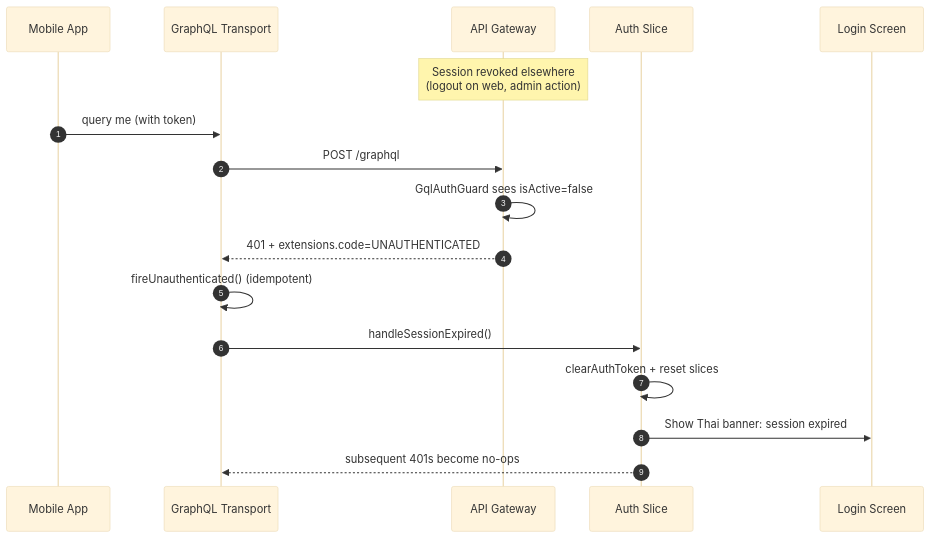
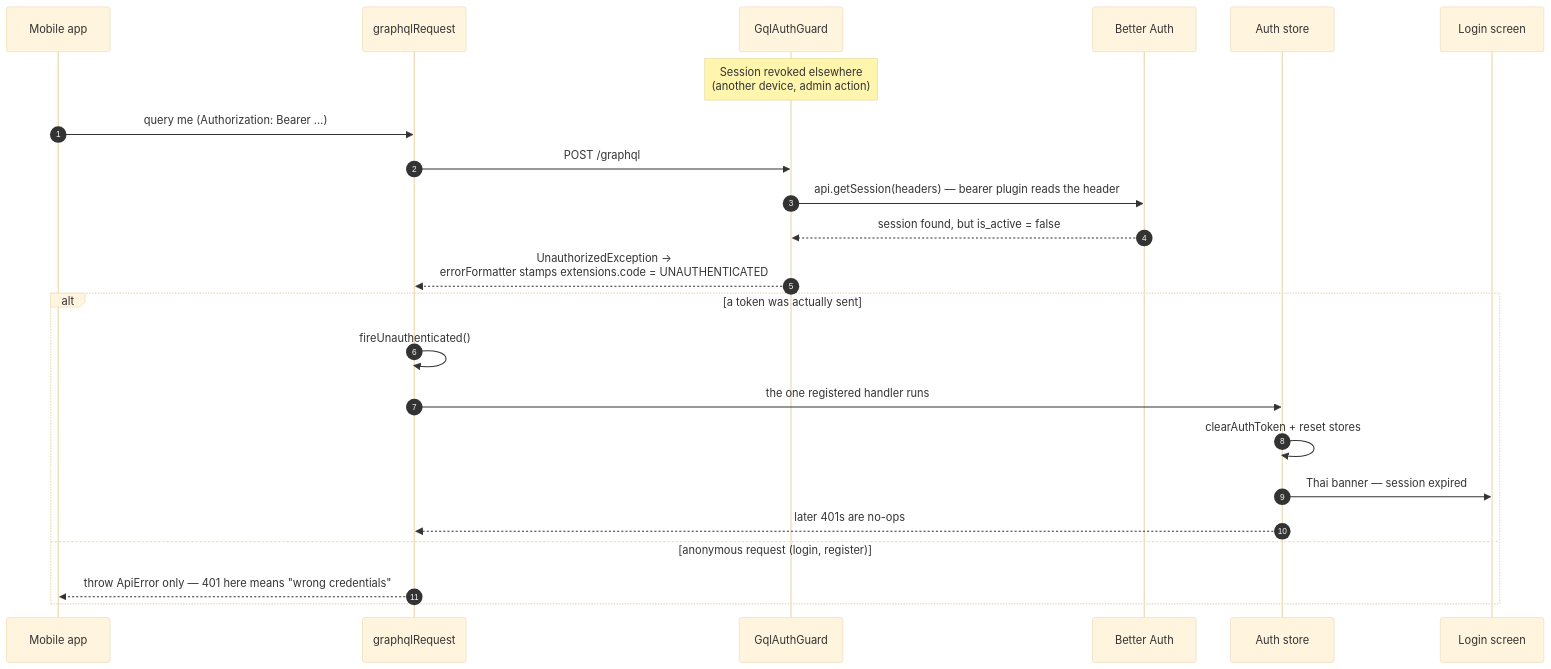
Before and after one commit to vanTHkrab/BP-Monitor-Application: the second of 2 diagrams in docs/architecture/sequence-auth.md, drawn with Mermaid (base theme). The commit also changed other lines of this file and 32 other files, not shown here.

First line of the commit message:
docs(web): correct every diagram against the code, add four

````diff
--- a/docs/architecture/sequence-auth.md
+++ b/docs/architecture/sequence-auth.md
@@ -52,21 +71,28 @@
 ```mermaid
 sequenceDiagram
     autonumber
-    participant App as Mobile App
-    participant T as GraphQL Transport
-    participant GW as API Gateway
-    participant Slice as Auth Slice
-    participant LoginUI as Login Screen
+    participant App as Mobile app
+    participant T as graphqlRequest
+    participant GW as GqlAuthGuard
+    participant BA as Better Auth
+    participant Slice as Auth store
+    participant LoginUI as Login screen
 
-    Note over GW: Session revoked elsewhere<br/>(logout on web, admin action)
+    Note over GW: Session revoked elsewhere<br/>(another device, admin action)
 
-    App->>T: query me (with token)
+    App->>T: query me (Authorization: Bearer …)
     T->>GW: POST /graphql
-    GW->>GW: GqlAuthGuard sees isActive=false
-    GW-->>T: 401 + extensions.code=UNAUTHENTICATED
-    T->>T: fireUnauthenticated() (idempotent)
-    T->>Slice: handleSessionExpired()
-    Slice->>Slice: clearAuthToken + reset slices
-    Slice->>LoginUI: Show Thai banner: session expired
-    Slice-->>T: subsequent 401s become no-ops
+    GW->>BA: api.getSession(headers) — bearer plugin reads the header
+    BA-->>GW: session found, but is_active = false
+    GW-->>T: UnauthorizedException →<br/>errorFormatter stamps extensions.code = UNAUTHENTICATED
+
+    alt a token was actually sent
+        T->>T: fireUnauthenticated()
+        T->>Slice: the one registered handler runs
+        Slice->>Slice: clearAuthToken + reset stores
+        Slice->>LoginUI: Thai banner — session expired
+        Slice-->>T: later 401s are no-ops
+    else anonymous request (login, register)
+        T-->>App: throw ApiError only — 401 here means "wrong credentials"
+    end
 ```
````
